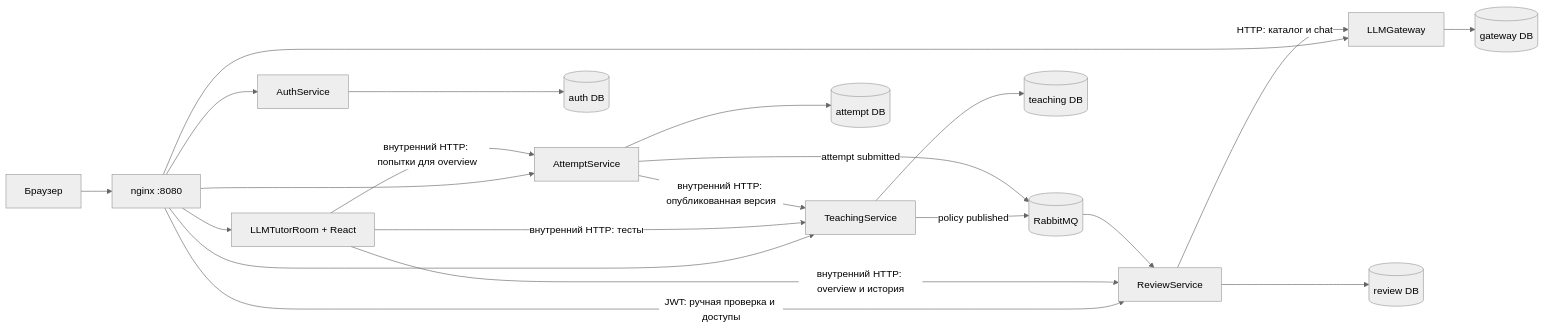
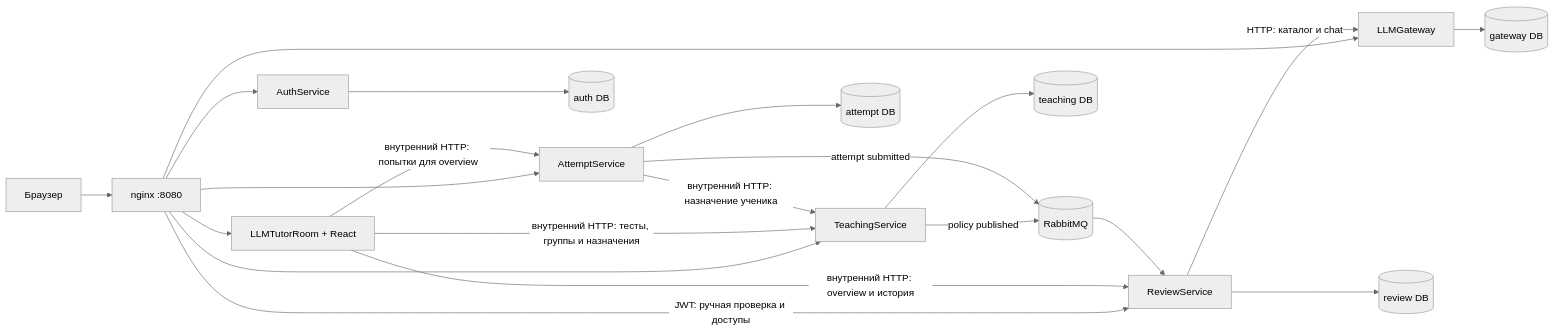
The first of 2 diagrams in docs/architecture.md (KomaMix/LLMTutorRoom), drawn with Mermaid (neutral theme) before and after one commit. The commit also changed other lines of this file and 99 other files, not shown here.

````diff
--- a/docs/architecture.md
+++ b/docs/architecture.md
@@ -29,26 +29,26 @@
 ```mermaid
 flowchart LR
     Browser["Браузер"] --> Nginx["nginx :8080"]
     Nginx --> Auth["AuthService"]
     Nginx --> Teaching["TeachingService"]
     Nginx --> Attempt["AttemptService"]
     Nginx --> Tutor["LLMTutorRoom + React"]
     Nginx -- "JWT: ручная проверка и доступы" --> Review["ReviewService"]
     Nginx --> Gateway["LLMGateway"]
 
-    Tutor -- "внутренний HTTP: тесты" --> Teaching
+    Tutor -- "внутренний HTTP: тесты, группы и назначения" --> Teaching
     Tutor -- "внутренний HTTP: попытки для overview" --> Attempt
     Tutor -- "внутренний HTTP: overview и история" --> Review
-    Attempt -- "внутренний HTTP: опубликованная версия" --> Teaching
+    Attempt -- "внутренний HTTP: назначение ученика" --> Teaching
     Review -- "HTTP: каталог и chat" --> Gateway
 
     Teaching -- "policy published" --> Rabbit[(RabbitMQ)]
     Attempt -- "attempt submitted" --> Rabbit
     Rabbit --> Review
 
     Auth --> AuthDb[(auth DB)]
     Teaching --> TeachingDb[(teaching DB)]
     Attempt --> AttemptDb[(attempt DB)]
     Review --> ReviewDb[(review DB)]
     Gateway --> GatewayDb[(gateway DB)]
 ```
````
